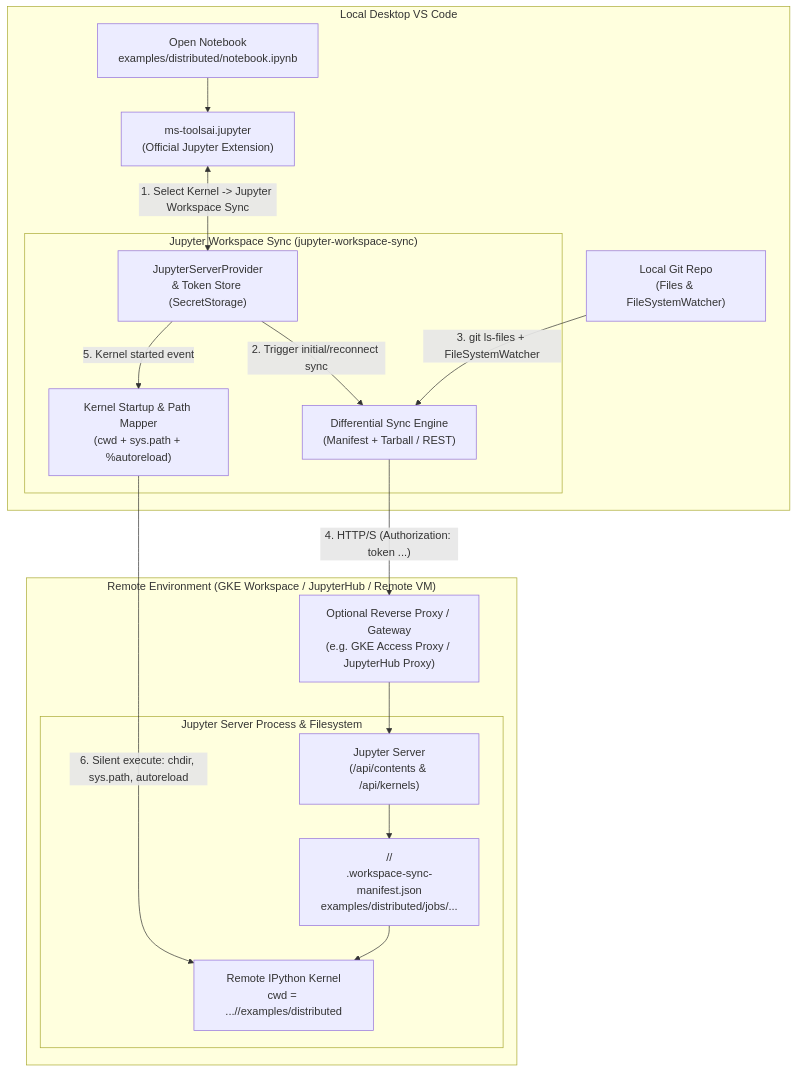
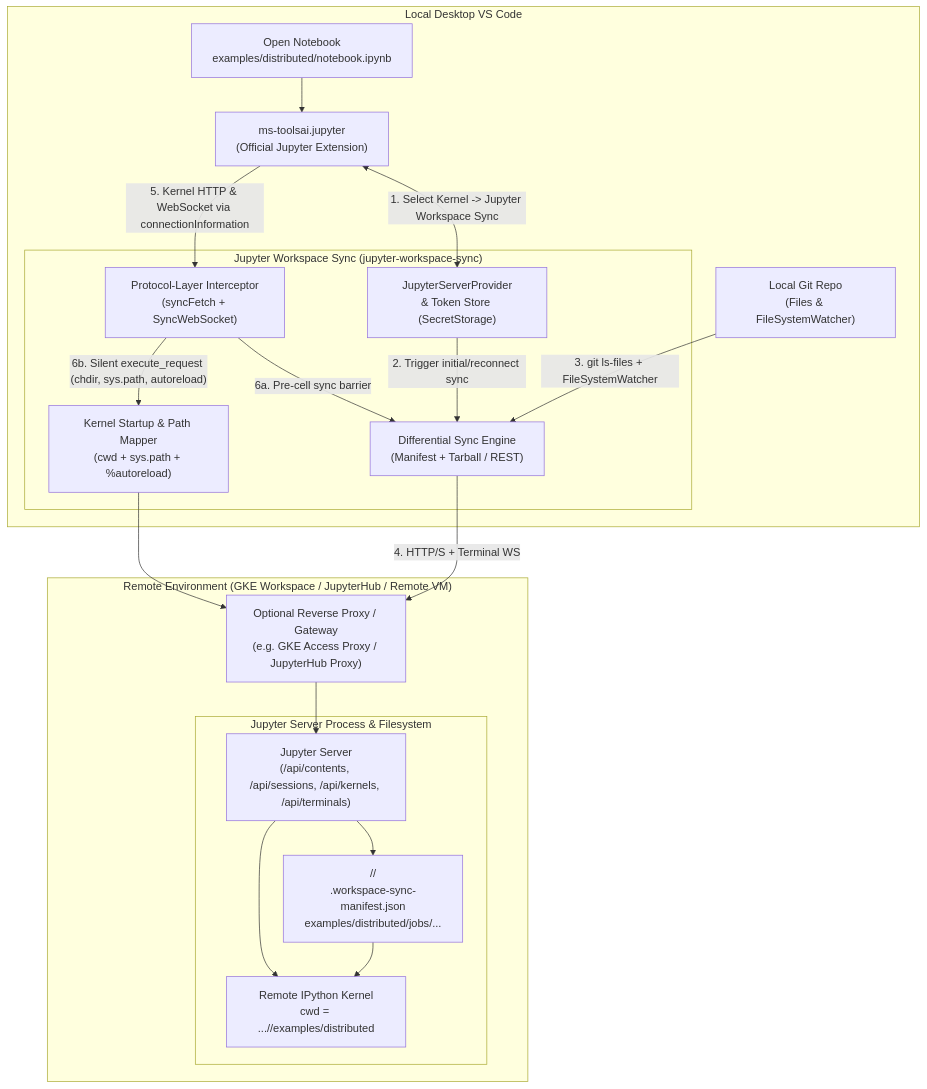
The first of 3 diagrams in vscode-extension/DESIGN.md (gke-labs/workspaces), drawn with Mermaid before and after one commit. The commit also changed other lines of this file and 19 other files, not shown here.

Commit message:
feat(vscode-extension): implement jupyter-workspace-sync extension and revise design doc

````diff
--- a/vscode-extension/DESIGN.md
+++ b/vscode-extension/DESIGN.md
@@ -42,35 +42,39 @@
 ```mermaid
 flowchart TB
     subgraph Laptop["Local Desktop VS Code"]
         NB["Open Notebook<br/>examples/distributed/notebook.ipynb"]
         GIT["Local Git Repo<br/>(Files & FileSystemWatcher)"]
         JUP["ms-toolsai.jupyter<br/>(Official Jupyter Extension)"]
         
         subgraph EXT["Jupyter Workspace Sync (jupyter-workspace-sync)"]
             PROV["JupyterServerProvider<br/>& Token Store (SecretStorage)"]
             SYNC["Differential Sync Engine<br/>(Manifest + Tarball / REST)"]
+            WS["Protocol-Layer Interceptor<br/>(syncFetch + SyncWebSocket)"]
             KINIT["Kernel Startup & Path Mapper<br/>(cwd + sys.path + %autoreload)"]
         end
     end
 
     subgraph Remote["Remote Environment (GKE Workspace / JupyterHub / Remote VM)"]
         PROXY["Optional Reverse Proxy / Gateway<br/>(e.g. GKE Access Proxy / JupyterHub Proxy)"]
         
         subgraph POD["Jupyter Server Process & Filesystem"]
-            JSRV["Jupyter Server<br/>(/api/contents & /api/kernels)"]
+            JSRV["Jupyter Server<br/>(/api/contents, /api/sessions, /api/kernels, /api/terminals)"]
             FS["<jupyter-root>/<repo-name>/<br/>.workspace-sync-manifest.json<br/>examples/distributed/jobs/..."]
             KRN["Remote IPython Kernel<br/>cwd = .../<repo-name>/examples/distributed"]
         end
     end
 
     NB --> JUP
     JUP <-->|"1. Select Kernel -> Jupyter Workspace Sync"| PROV
     PROV -->|"2. Trigger initial/reconnect sync"| SYNC
     GIT -->|"3. git ls-files + FileSystemWatcher"| SYNC
-    SYNC -->|"4. HTTP/S (Authorization: token ...)"| PROXY
+    SYNC -->|"4. HTTP/S + Terminal WS"| PROXY
+    JUP -->|"5. Kernel HTTP & WebSocket via connectionInformation"| WS
+    WS -->|"6a. Pre-cell sync barrier"| SYNC
+    WS -->|"6b. Silent execute_request (chdir, sys.path, autoreload)"| KINIT
+    KINIT --> PROXY
     PROXY --> JSRV
     JSRV --> FS
-    PROV -->|"5. Kernel started event"| KINIT
-    KINIT -->|"6. Silent execute: chdir, sys.path, autoreload"| KRN
+    JSRV --> KRN
     FS --> KRN
 ```
````
